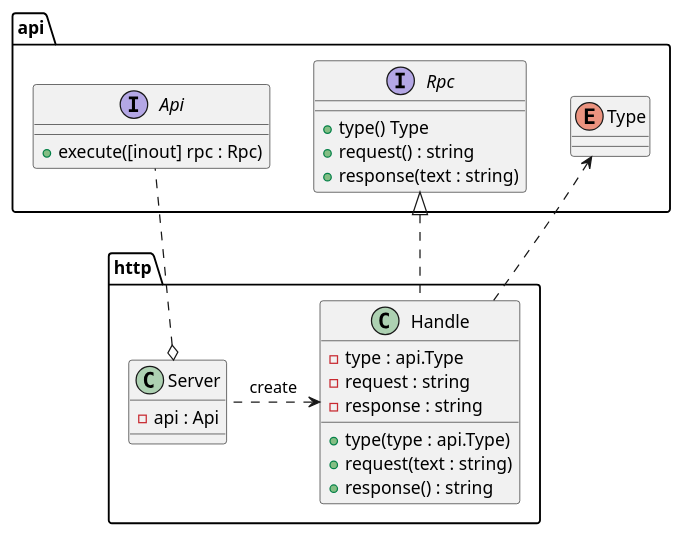
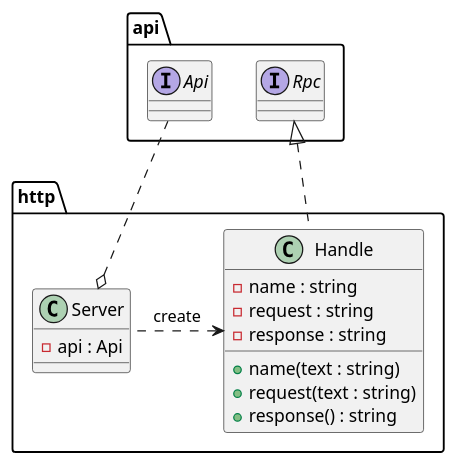
Before and after one commit to bonewell/moneybox: the diagram in uml/http-class.puml, drawn with PlantUML. The commit also changed 5 other files, not shown here.

Commit message:
Update UML model v1

```diff
--- a/uml/http-class.puml
+++ b/uml/http-class.puml
@@ -1,31 +1,23 @@
 @startuml
 namespace api {
-    interface Api {
-        + execute([inout] rpc : Rpc)
-    }
-    interface Rpc {
-        + type() Type
-        + request() : string
-        + response(text : string)
-    }
-    enum Type
+    interface Api
+    interface Rpc
 }
 namespace http {
     class Handle {
-        - type : api.Type
+        - name : string
         - request : string
         - response : string
-        + type(type : api.Type)
+        + name(text : string)
         + request(text : string)
         + response() : string
     }
     class Server {
         - api : Api
     }
 
     api.Rpc <|.. Handle
-    api.Type <.. Handle
     Handle <. Server : create
     Server o. api.Api
 }
 @enduml
```
